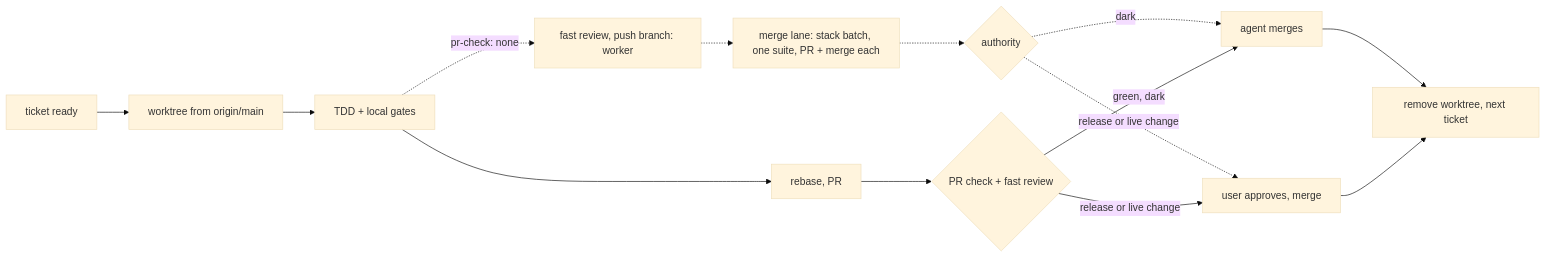
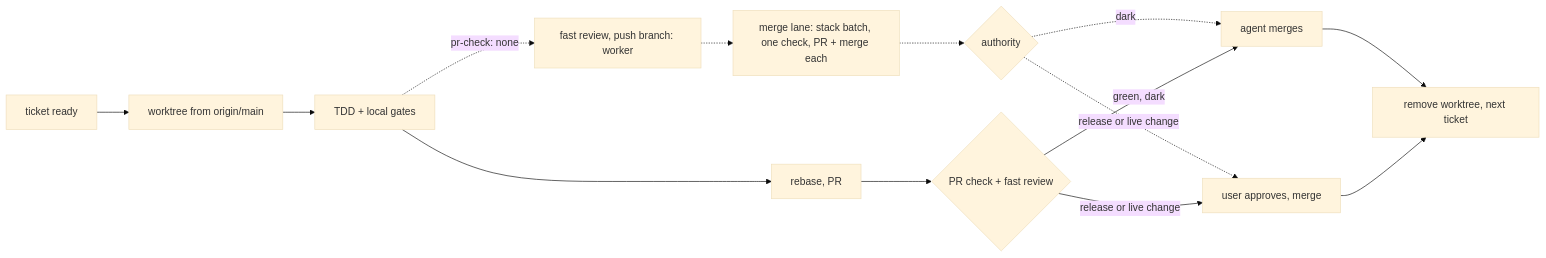
The diagram in skills/ship-to-trunk/SKILL.md (ivanDsky/skills), drawn with Mermaid (base theme) before and after one commit. The commit also changed other lines of this file and 17 other files, not shown here.

First line of the commit message:
feat: affected-tests check in lane and review; full suite only on unexpected red main

````diff
--- a/skills/ship-to-trunk/SKILL.md
+++ b/skills/ship-to-trunk/SKILL.md
@@ -66,14 +68,14 @@
 ```mermaid
 flowchart LR
   A[ticket ready] --> B[worktree from origin/main]
   B --> C[TDD + local gates]
   C --> D[rebase, PR]
   D --> E{PR check + fast review}
-  C -.->|pr-check: none| N[fast review, push branch: worker] -.-> L[merge lane: stack batch, one suite, PR + merge each] -.-> E2{authority}
+  C -.->|pr-check: none| N[fast review, push branch: worker] -.-> L[merge lane: stack batch, one check, PR + merge each] -.-> E2{authority}
   E2 -.->|dark| F
   E2 -.->|release or live change| G
   E -->|green, dark| F[agent merges]
   E -->|release or live change| G[user approves, merge]
   F --> H[remove worktree, next ticket]
   G --> H
 ```
````
